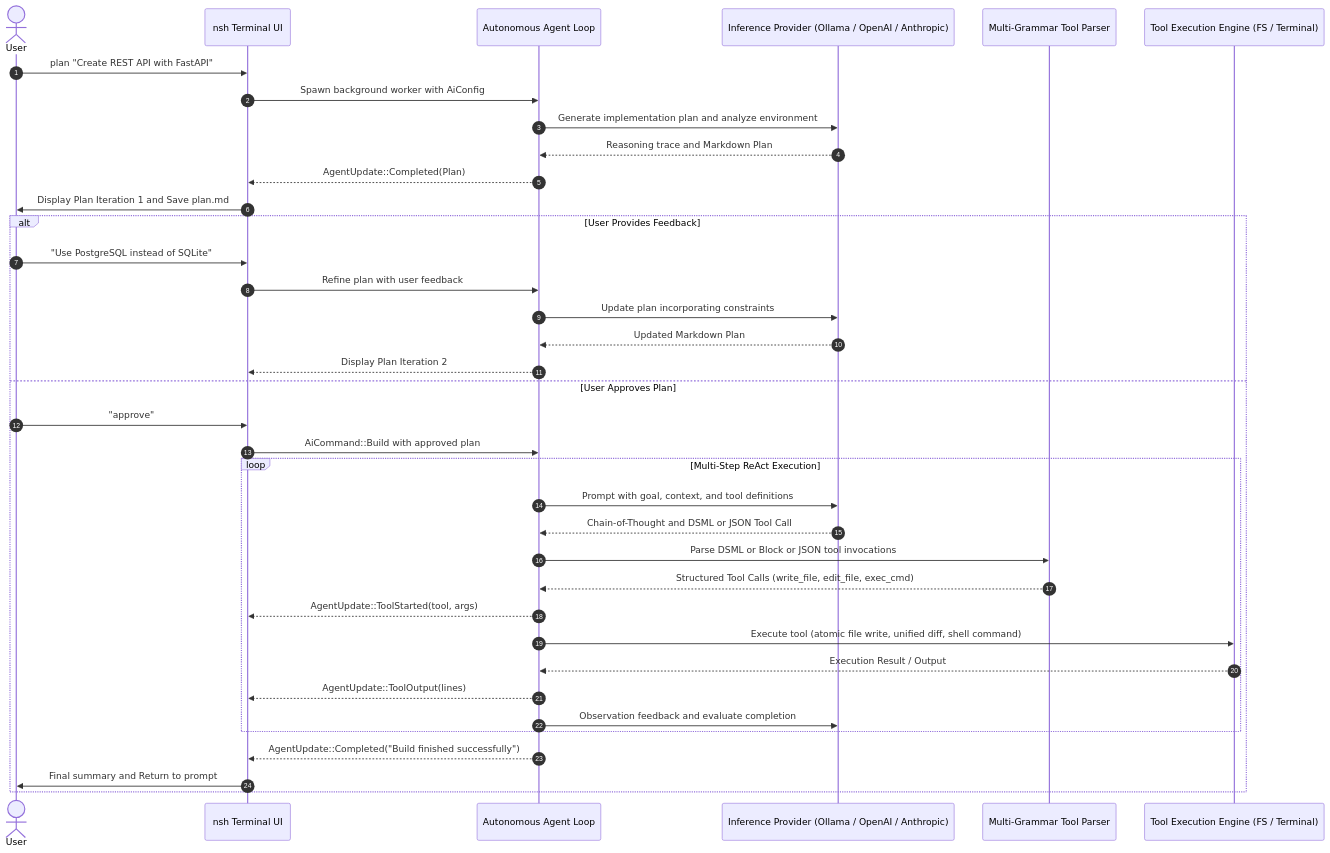
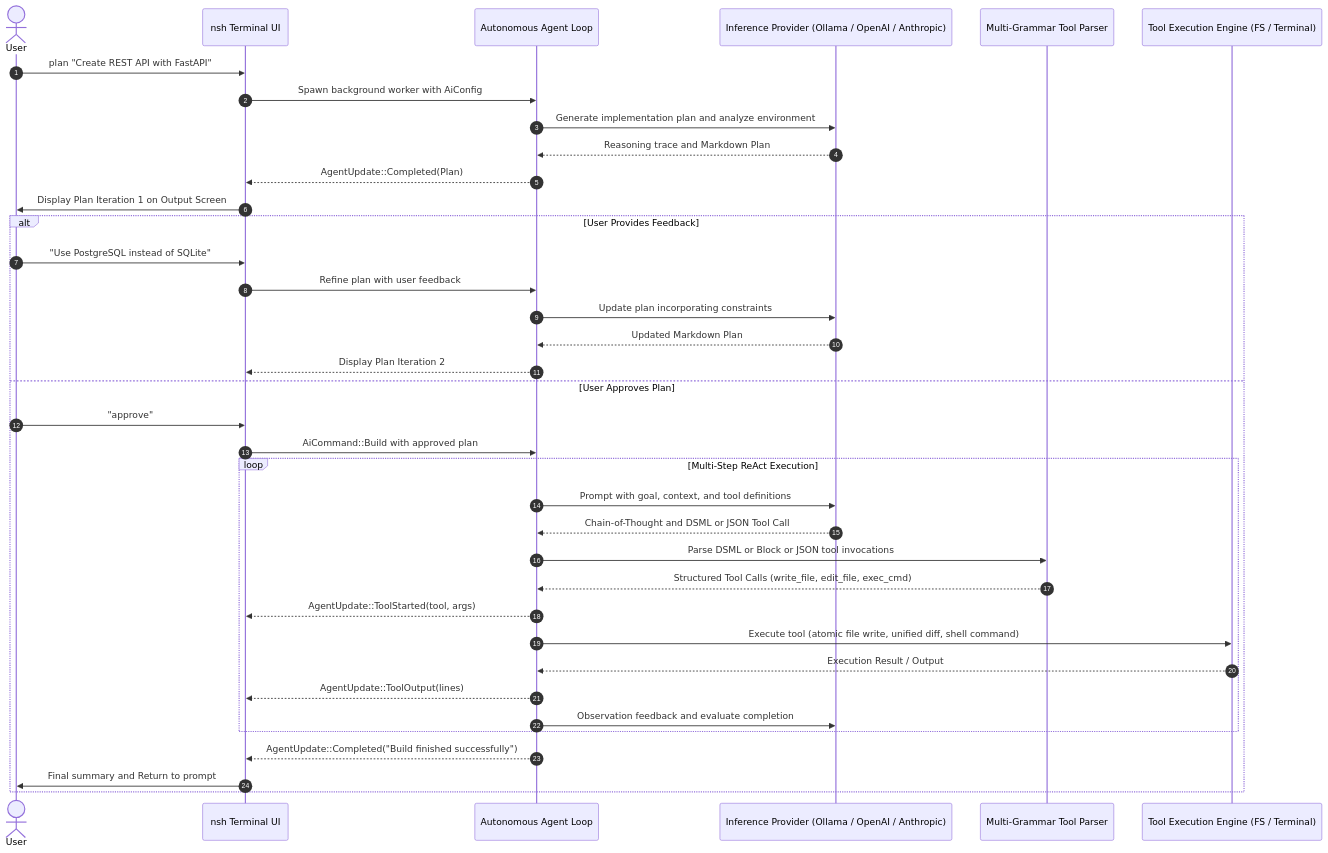
Before and after one commit to Basharkhan7776/nsh: the third of 5 diagrams in README.md, drawn with Mermaid. The commit also changed other lines of this file and 6 other files, not shown here.

````diff
--- a/README.md
+++ b/README.md
@@ -121,41 +121,41 @@
 ```mermaid
 sequenceDiagram
     autonumber
     actor User
     participant App as nsh Terminal UI
     participant Agent as Autonomous Agent Loop
     participant LLM as Inference Provider (Ollama / OpenAI / Anthropic)
     participant Parser as Multi-Grammar Tool Parser
     participant ToolExec as Tool Execution Engine (FS / Terminal)
 
     User->>App: plan "Create REST API with FastAPI"
     App->>Agent: Spawn background worker with AiConfig
     Agent->>LLM: Generate implementation plan and analyze environment
     LLM-->>Agent: Reasoning trace and Markdown Plan
     Agent-->>App: AgentUpdate::Completed(Plan)
-    App->>User: Display Plan Iteration 1 and Save plan.md
+    App->>User: Display Plan Iteration 1 on Output Screen
 
     alt User Provides Feedback
         User->>App: "Use PostgreSQL instead of SQLite"
         App->>Agent: Refine plan with user feedback
         Agent->>LLM: Update plan incorporating constraints
         LLM-->>Agent: Updated Markdown Plan
         Agent-->>App: Display Plan Iteration 2
     else User Approves Plan
         User->>App: "approve"
         App->>Agent: AiCommand::Build with approved plan
         loop Multi-Step ReAct Execution
             Agent->>LLM: Prompt with goal, context, and tool definitions
             LLM-->>Agent: Chain-of-Thought and DSML or JSON Tool Call
             Agent->>Parser: Parse DSML or Block or JSON tool invocations
             Parser-->>Agent: Structured Tool Calls (write_file, edit_file, exec_cmd)
             Agent-->>App: AgentUpdate::ToolStarted(tool, args)
             Agent->>ToolExec: Execute tool (atomic file write, unified diff, shell command)
             ToolExec-->>Agent: Execution Result / Output
             Agent-->>App: AgentUpdate::ToolOutput(lines)
             Agent->>LLM: Observation feedback and evaluate completion
         end
         Agent-->>App: AgentUpdate::Completed("Build finished successfully")
         App->>User: Final summary and Return to prompt
     end
 ```
````
